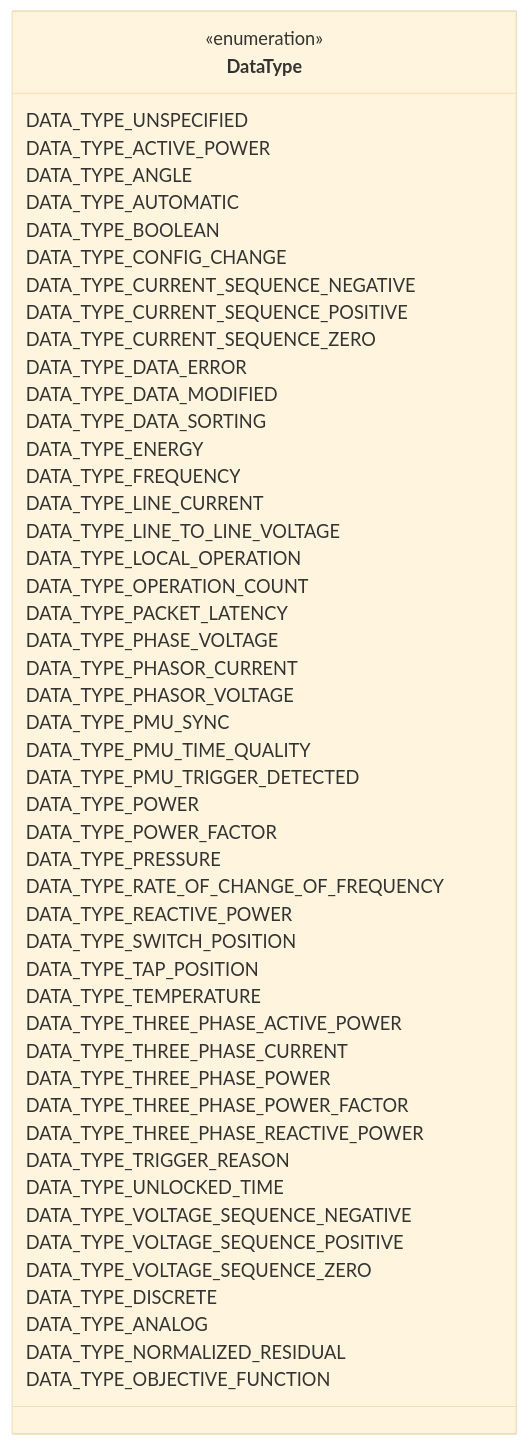
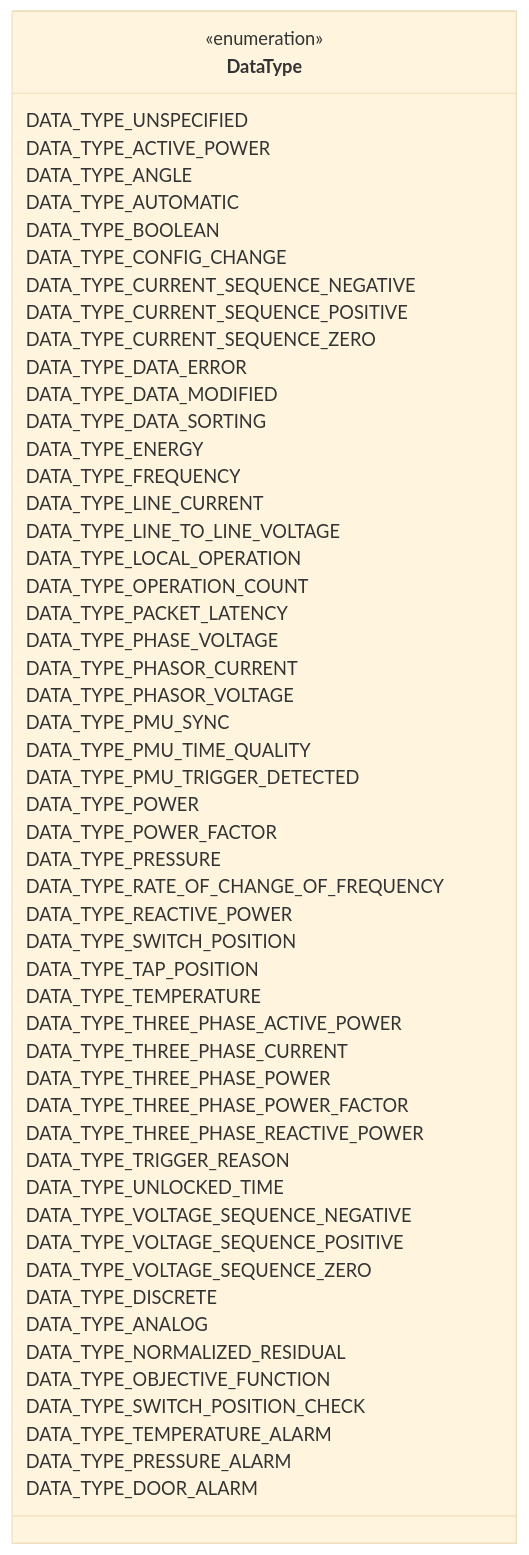
One commit to zaphiro-technologies/protobuf changed the first of 3 diagrams in docs/data.proto.md. Above: the diagram before and after it, drawn with Mermaid (base theme). The commit also changed other lines of this file and 5 other files, not shown here.

````diff
--- a/docs/data.proto.md
+++ b/docs/data.proto.md
@@ -88,58 +92,62 @@
 ```mermaid
 classDiagram
 direction LR
 %% The collection of Data Types defined so far. They are useful to map
 %% measurements to their rappresentation. Some of the descriptions are taken from [here](https://github.com/3lbits/Grunnprofil/blob/main/DIGIN10/docs/MeasurementType.adoc) This is important since all measurements
 %% are any how cast to UINT64 in the real time platform
 
 class DataType{
   <<enumeration>>
   DATA_TYPE_UNSPECIFIED
   DATA_TYPE_ACTIVE_POWER
   DATA_TYPE_ANGLE
   DATA_TYPE_AUTOMATIC
   DATA_TYPE_BOOLEAN
   DATA_TYPE_CONFIG_CHANGE
   DATA_TYPE_CURRENT_SEQUENCE_NEGATIVE
   DATA_TYPE_CURRENT_SEQUENCE_POSITIVE
   DATA_TYPE_CURRENT_SEQUENCE_ZERO
   DATA_TYPE_DATA_ERROR
   DATA_TYPE_DATA_MODIFIED
   DATA_TYPE_DATA_SORTING
   DATA_TYPE_ENERGY
   DATA_TYPE_FREQUENCY
   DATA_TYPE_LINE_CURRENT
   DATA_TYPE_LINE_TO_LINE_VOLTAGE
   DATA_TYPE_LOCAL_OPERATION
   DATA_TYPE_OPERATION_COUNT
   DATA_TYPE_PACKET_LATENCY
   DATA_TYPE_PHASE_VOLTAGE
   DATA_TYPE_PHASOR_CURRENT
   DATA_TYPE_PHASOR_VOLTAGE
   DATA_TYPE_PMU_SYNC
   DATA_TYPE_PMU_TIME_QUALITY
   DATA_TYPE_PMU_TRIGGER_DETECTED
   DATA_TYPE_POWER
   DATA_TYPE_POWER_FACTOR
   DATA_TYPE_PRESSURE
   DATA_TYPE_RATE_OF_CHANGE_OF_FREQUENCY
   DATA_TYPE_REACTIVE_POWER
   DATA_TYPE_SWITCH_POSITION
   DATA_TYPE_TAP_POSITION
   DATA_TYPE_TEMPERATURE
   DATA_TYPE_THREE_PHASE_ACTIVE_POWER
   DATA_TYPE_THREE_PHASE_CURRENT
   DATA_TYPE_THREE_PHASE_POWER
   DATA_TYPE_THREE_PHASE_POWER_FACTOR
   DATA_TYPE_THREE_PHASE_REACTIVE_POWER
   DATA_TYPE_TRIGGER_REASON
   DATA_TYPE_UNLOCKED_TIME
   DATA_TYPE_VOLTAGE_SEQUENCE_NEGATIVE
   DATA_TYPE_VOLTAGE_SEQUENCE_POSITIVE
   DATA_TYPE_VOLTAGE_SEQUENCE_ZERO
   DATA_TYPE_DISCRETE
   DATA_TYPE_ANALOG
   DATA_TYPE_NORMALIZED_RESIDUAL
   DATA_TYPE_OBJECTIVE_FUNCTION
+  DATA_TYPE_SWITCH_POSITION_CHECK
+  DATA_TYPE_TEMPERATURE_ALARM
+  DATA_TYPE_PRESSURE_ALARM
+  DATA_TYPE_DOOR_ALARM
 }
 ```
````
